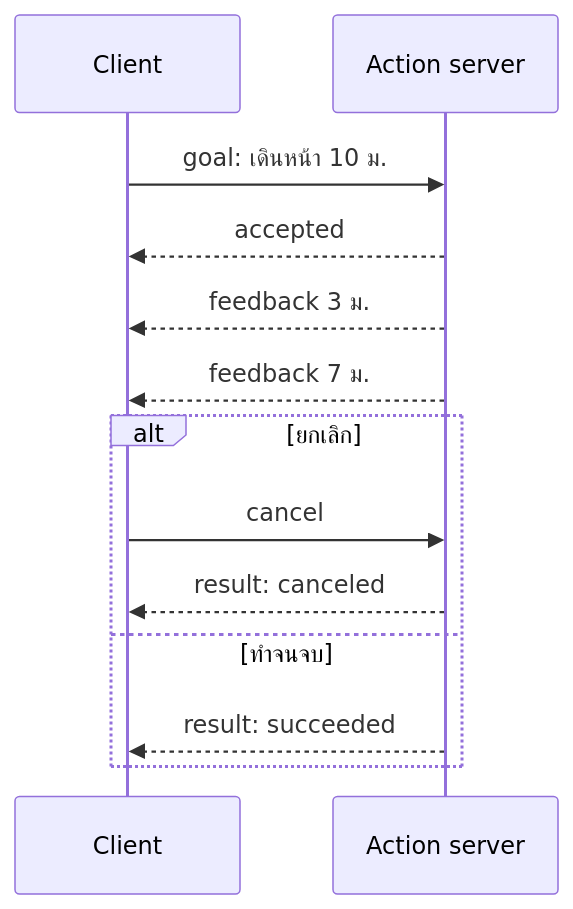
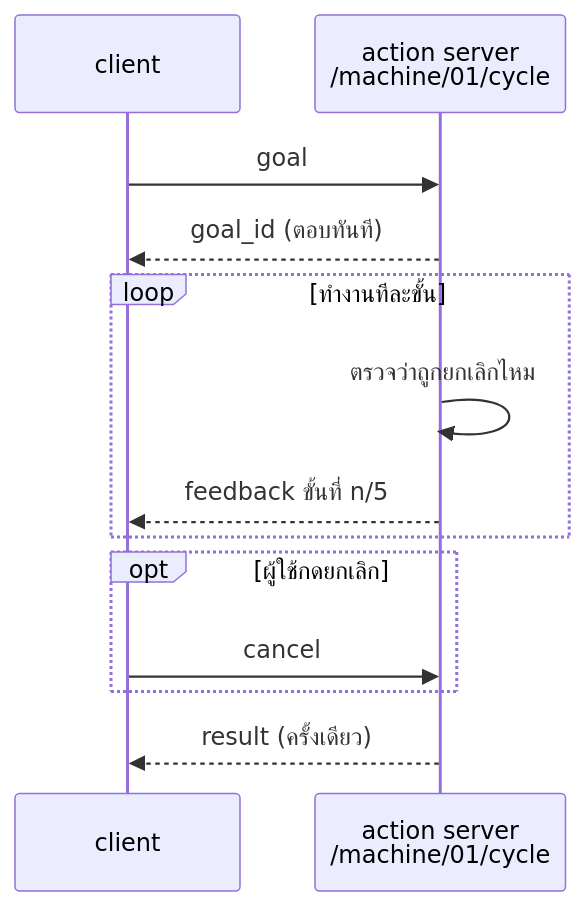
One commit to Taopoon/kmutt-nd69-learning-notes changed the third of 5 diagrams in nd3/03-robotos-hands-on.md. Above: the diagram before and after it, drawn with Mermaid. The commit also changed other lines of this file, not shown here.

````diff
--- a/nd3/03-robotos-hands-on.md
+++ b/nd3/03-robotos-hands-on.md
@@ -33,15 +191,15 @@
 ```mermaid
 sequenceDiagram
-    participant C as Client
-    participant S as Action server
-    C->>S: goal: เดินหน้า 10 ม.
-    S-->>C: accepted
-    S-->>C: feedback 3 ม.
-    S-->>C: feedback 7 ม.
-    alt ยกเลิก
+    participant C as client
+    participant S as action server<br/>/machine/01/cycle
+    C->>S: goal
+    S-->>C: goal_id (ตอบทันที)
+    loop ทำงานทีละขั้น
+        S->>S: ตรวจว่าถูกยกเลิกไหม
+        S-->>C: feedback ขั้นที่ n/5
+    end
+    opt ผู้ใช้กดยกเลิก
         C->>S: cancel
-        S-->>C: result: canceled
-    else ทำจนจบ
-        S-->>C: result: succeeded
     end
+    S-->>C: result (ครั้งเดียว)
 ```
````
